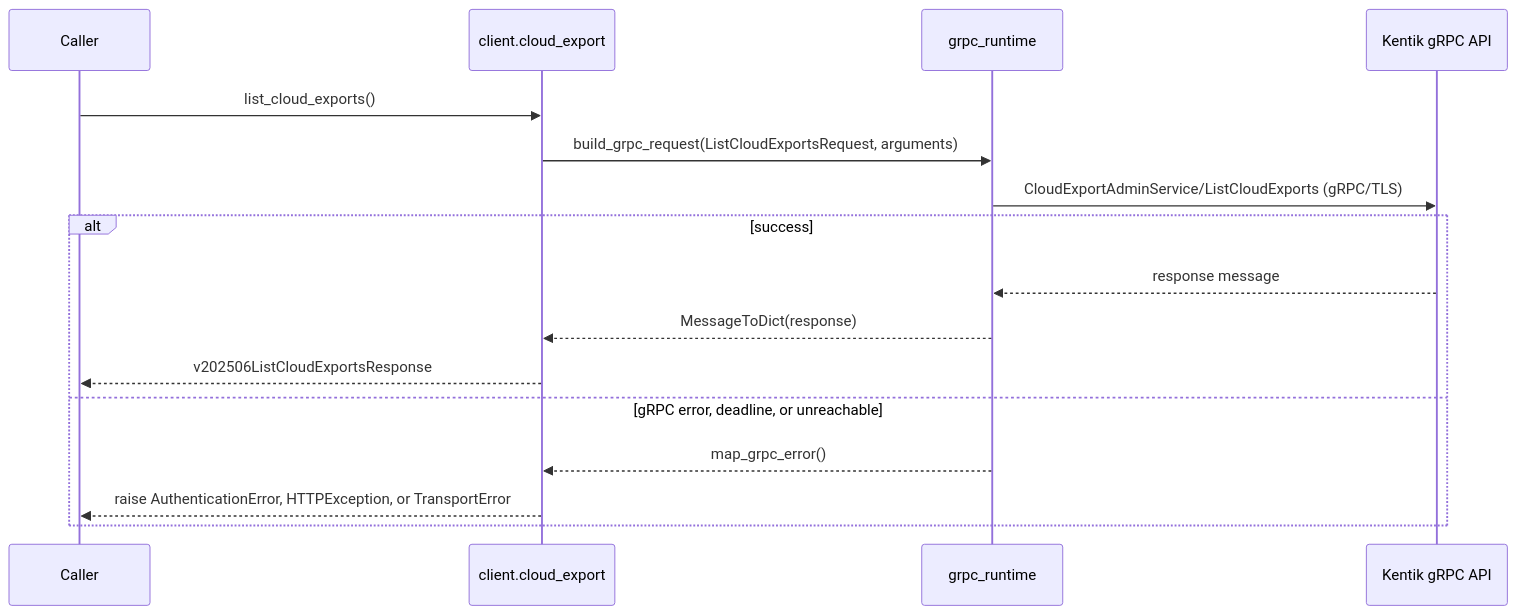
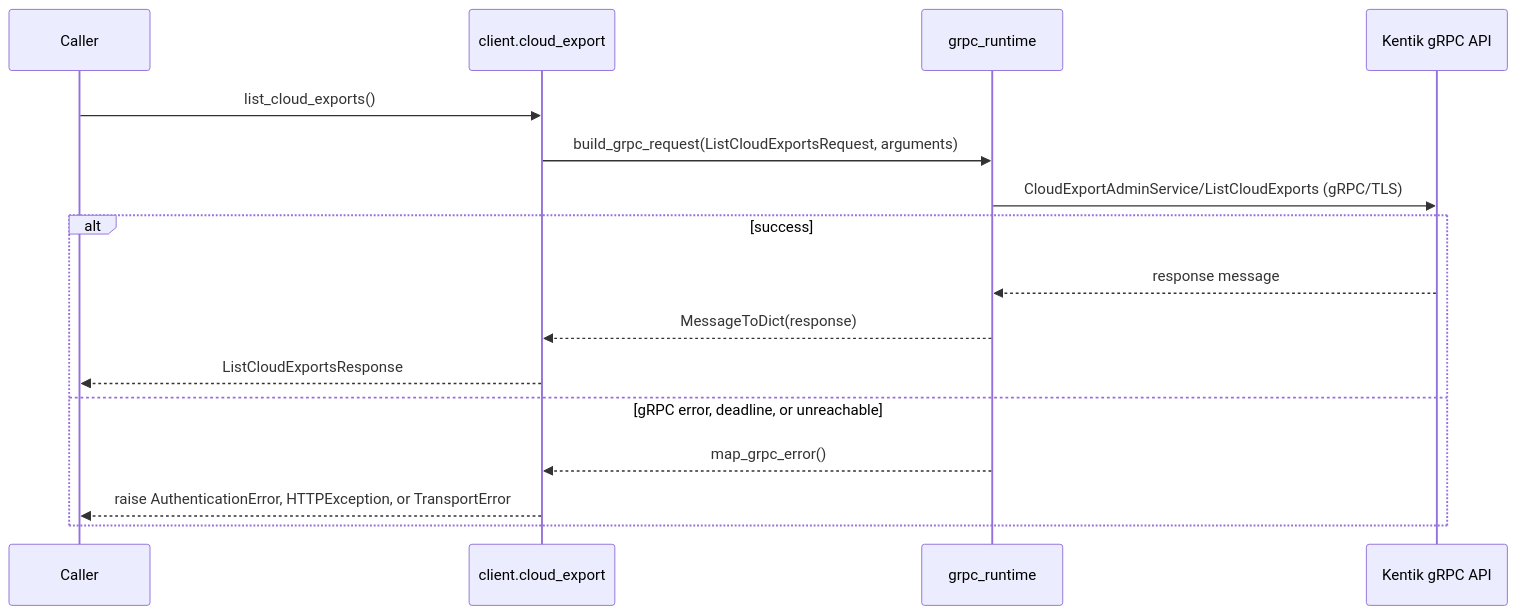
The third of 12 diagrams in docs/sphinx/services/cloud_export.md (alexdearaujo/community_sdk_python), drawn with Mermaid before and after one commit. The commit also changed other lines of this file and 38 other files, not shown here.

````diff
--- a/docs/sphinx/services/cloud_export.md
+++ b/docs/sphinx/services/cloud_export.md
@@ -59,19 +59,19 @@
 ```mermaid
 sequenceDiagram
     participant C as Caller
     participant W as client.cloud_export
     participant R as grpc_runtime
     participant API as Kentik gRPC API
 
     C->>W: list_cloud_exports()
     W->>R: build_grpc_request(ListCloudExportsRequest, arguments)
     R->>API: CloudExportAdminService/ListCloudExports (gRPC/TLS)
     alt success
         API-->>R: response message
         R-->>W: MessageToDict(response)
-        W-->>C: v202506ListCloudExportsResponse
+        W-->>C: ListCloudExportsResponse
     else gRPC error, deadline, or unreachable
         R-->>W: map_grpc_error()
         W-->>C: raise AuthenticationError, HTTPException, or TransportError
     end
 ```
````
